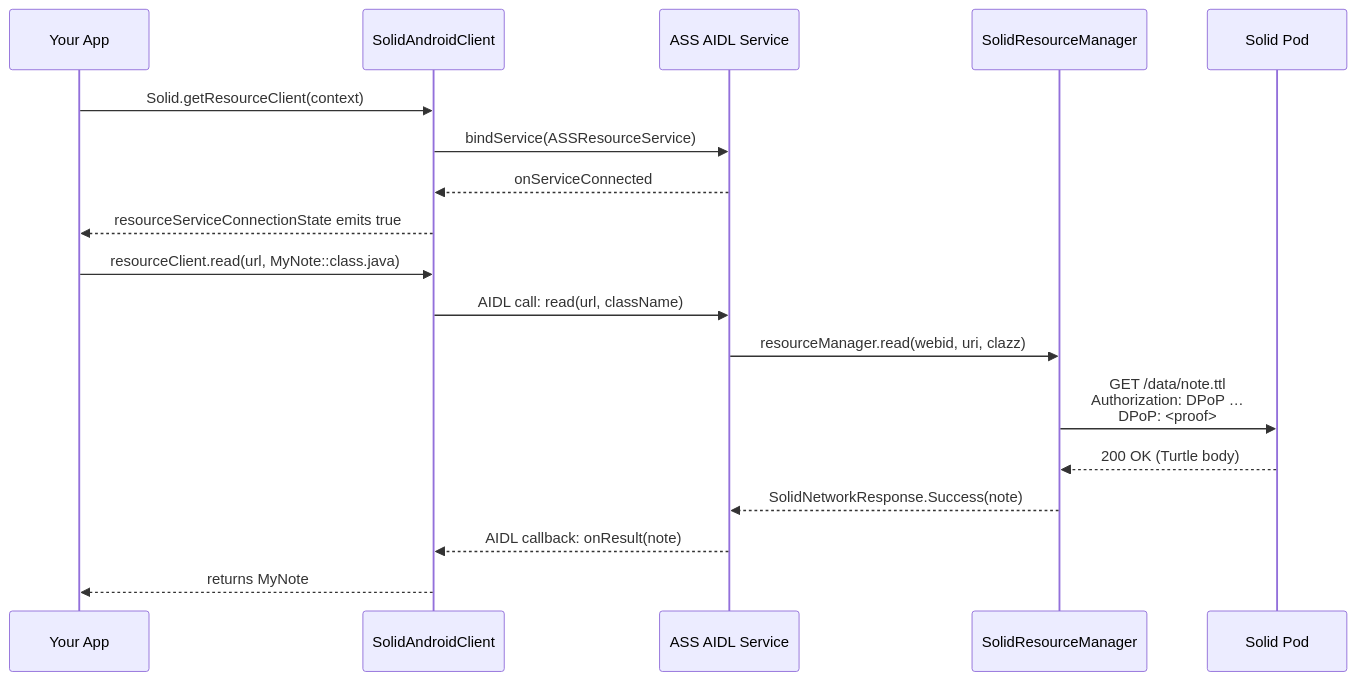
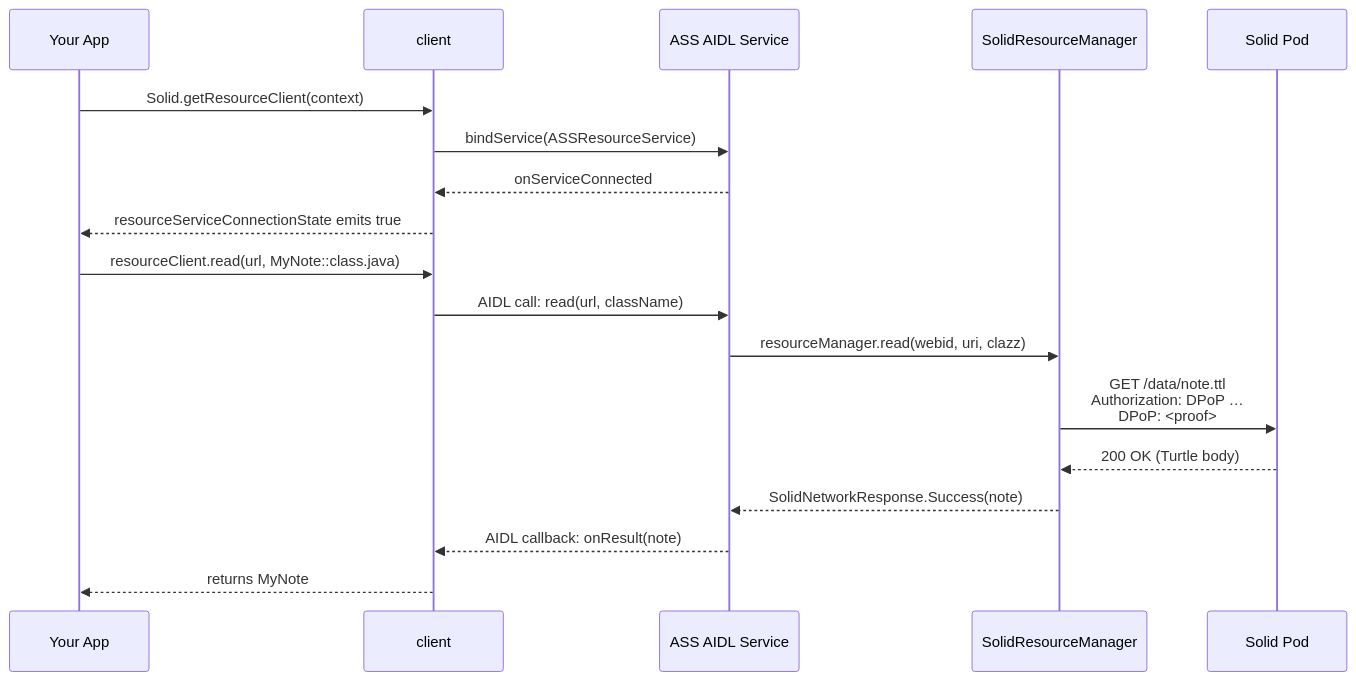
The third of 6 diagrams in docs/concepts.md (pondersource/Android-Solid-Services), drawn with Mermaid before and after one commit. The commit also changed other lines of this file and 7 other files, not shown here.

````diff
--- a/docs/concepts.md
+++ b/docs/concepts.md
@@ -81,22 +81,22 @@
 ```mermaid
 sequenceDiagram
     participant App as Your App
-    participant Client as SolidAndroidClient
+    participant Client as client
     participant Binder as ASS AIDL Service
     participant RM as SolidResourceManager
     participant Pod as Solid Pod
 
     App->>Client: Solid.getResourceClient(context)
     Client->>Binder: bindService(ASSResourceService)
     Binder-->>Client: onServiceConnected
     Client-->>App: resourceServiceConnectionState emits true
 
     App->>Client: resourceClient.read(url, MyNote::class.java)
     Client->>Binder: AIDL call: read(url, className)
     Binder->>RM: resourceManager.read(webid, uri, clazz)
     RM->>Pod: GET /data/note.ttl<br/>Authorization: DPoP …<br/>DPoP: <proof>
     Pod-->>RM: 200 OK  (Turtle body)
     RM-->>Binder: SolidNetworkResponse.Success(note)
     Binder-->>Client: AIDL callback: onResult(note)
     Client-->>App: returns MyNote
 ```
````
